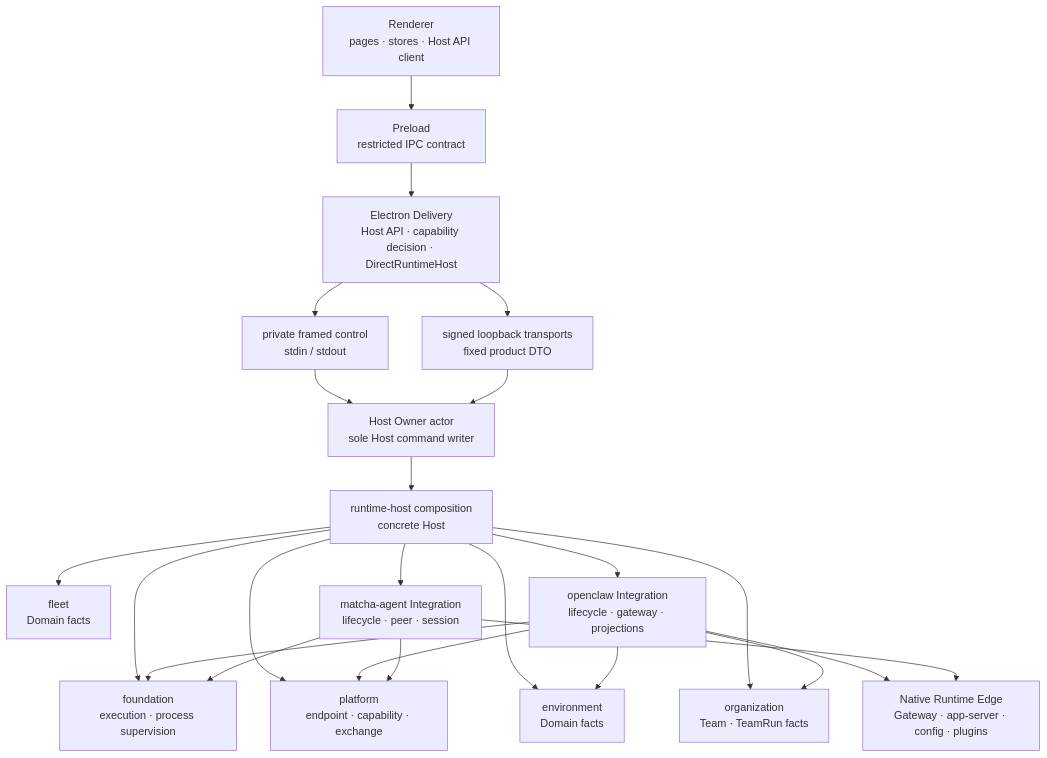
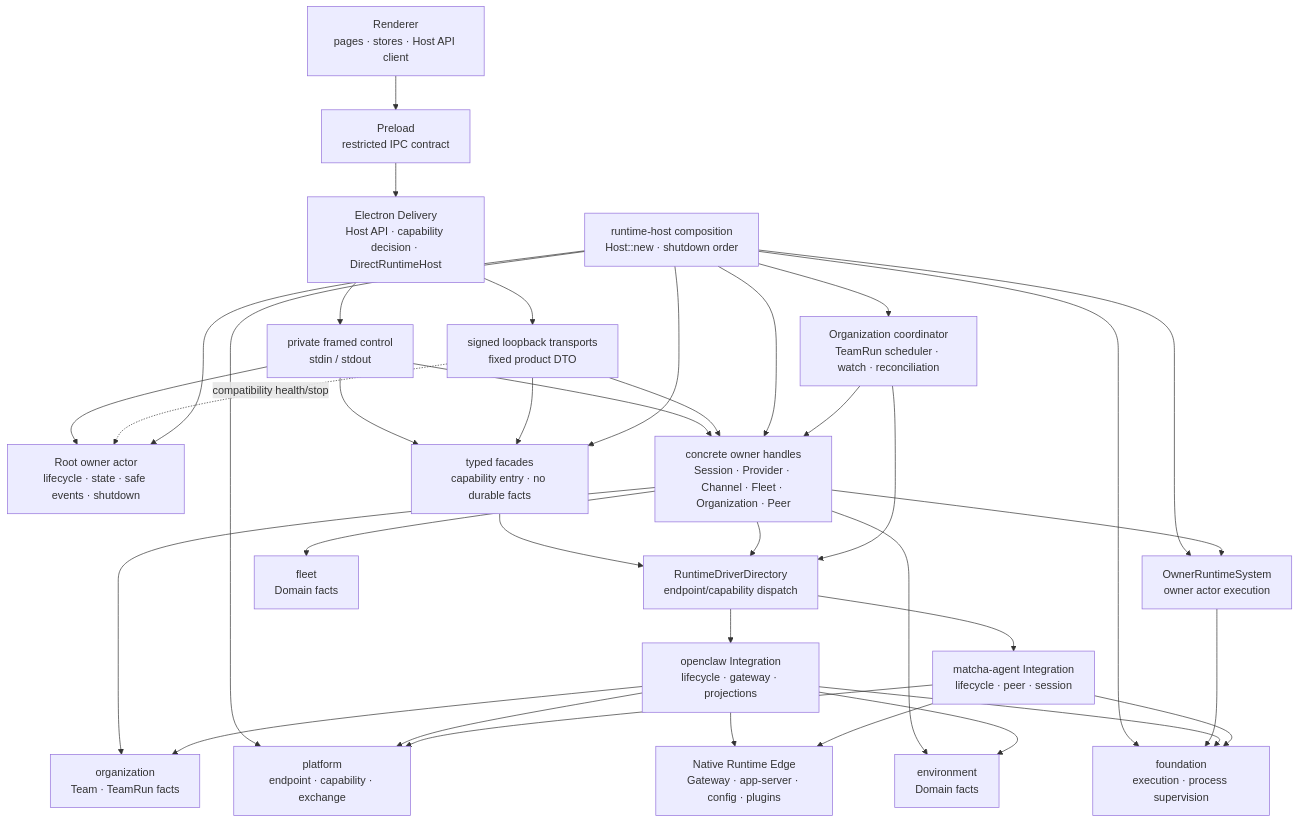
One commit to hellowKeyzj/Matcha-claw changed the first of 6 diagrams in docs/architecture/layered-architecture.md. Above: the diagram before and after it, drawn with Mermaid. The commit also changed other lines of this file and 475 other files, not shown here.

Commit message:
refactor runtime host 1

````diff
--- a/docs/architecture/layered-architecture.md
+++ b/docs/architecture/layered-architecture.md
@@ -30,39 +38,61 @@
 ```mermaid
 flowchart TB
   Renderer["Renderer\npages · stores · Host API client"]
   Preload["Preload\nrestricted IPC contract"]
   Electron["Electron Delivery\nHost API · capability decision · DirectRuntimeHost"]
   Control["private framed control\nstdin / stdout"]
   PublicTransport["signed loopback transports\nfixed product DTO"]
-  Owner["Host Owner actor\nsole Host command writer"]
-  Host["runtime-host composition\nconcrete Host"]
+
+  Host["runtime-host composition\nHost::new · shutdown order"]
+  Root["Root owner actor\nlifecycle · state · safe events · shutdown"]
+  Facade["typed facades\ncapability entry · no durable facts"]
+  Owners["concrete owner handles\nSession · Provider · Channel · Fleet · Organization · Peer"]
+  OwnerRuntime["OwnerRuntimeSystem\nowner actor execution"]
+  TeamCoordinator["Organization coordinator\nTeamRun scheduler · watch · reconciliation"]
+  Directory["RuntimeDriverDirectory\nendpoint/capability dispatch"]
 
   Foundation["foundation\nexecution · process supervision"]
   Platform["platform\nendpoint · capability · exchange"]
   Environment["environment\nDomain facts"]
   Fleet["fleet\nDomain facts"]
   Organization["organization\nTeam · TeamRun facts"]
   OpenClaw["openclaw Integration\nlifecycle · gateway · projections"]
   Matcha["matcha-agent Integration\nlifecycle · peer · session"]
   Native["Native Runtime Edge\nGateway · app-server · config · plugins"]
 
   Renderer --> Preload --> Electron
-  Electron --> Control --> Owner
-  Electron --> PublicTransport --> Owner
-  Owner --> Host
+  Electron --> Control
+  Electron --> PublicTransport
+  Control --> Root
+  Control --> Facade
+  Control --> Owners
+  PublicTransport --> Facade
+  PublicTransport --> Owners
+  PublicTransport -. compatibility health/stop .-> Root
+  Host --> Root
+  Host --> Facade
+  Host --> Owners
+  Host --> OwnerRuntime
+  Host --> TeamCoordinator
+  Facade --> Directory
+  Owners --> OwnerRuntime
+  Owners --> Directory
+  TeamCoordinator --> Owners
+  TeamCoordinator --> Directory
   Host --> Foundation
   Host --> Platform
-  Host --> Environment
-  Host --> Fleet
-  Host --> Organization
-  Host --> OpenClaw
-  Host --> Matcha
+  OwnerRuntime --> Foundation
+  Owners --> Environment
+  Owners --> Fleet
+  Owners --> Organization
+  Directory --> OpenClaw
+  Directory --> Matcha
   OpenClaw --> Foundation
   OpenClaw --> Platform
   OpenClaw --> Environment
   OpenClaw --> Organization
   Matcha --> Foundation
   Matcha --> Platform
   OpenClaw --> Native
   Matcha --> Native
 ```
````
